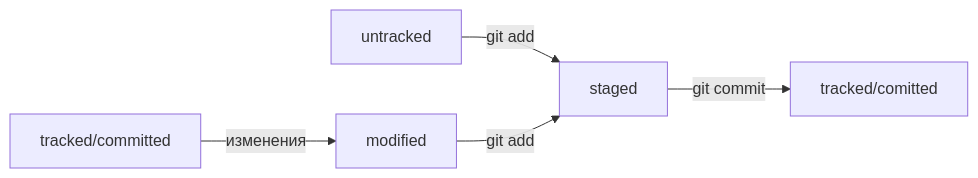
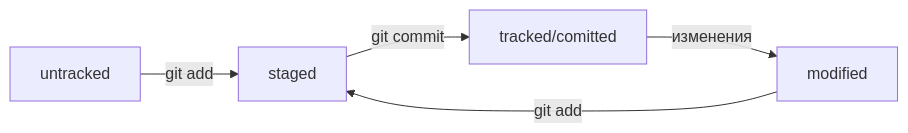
Before and after one commit to HelenBagigah/git-crib: the diagram in README.md, drawn with Mermaid.

Commit message:
Видоизменить mermaid схему

````diff
--- a/README.md
+++ b/README.md
@@ -261,7 +261,4 @@
 ```mermaid
 graph LR;
-  untracked -- "git add" --> staged;
-  staged -- "git commit" --> tracked/comitted;
-  tracked/committed -- "изменения" --> modified;
-  modified -- "git add" --> staged
+  untracked -- "git add" --> staged -- "git commit" --> tracked/comitted -- "изменения" --> modified -- "git add" --> staged
 ```
````
